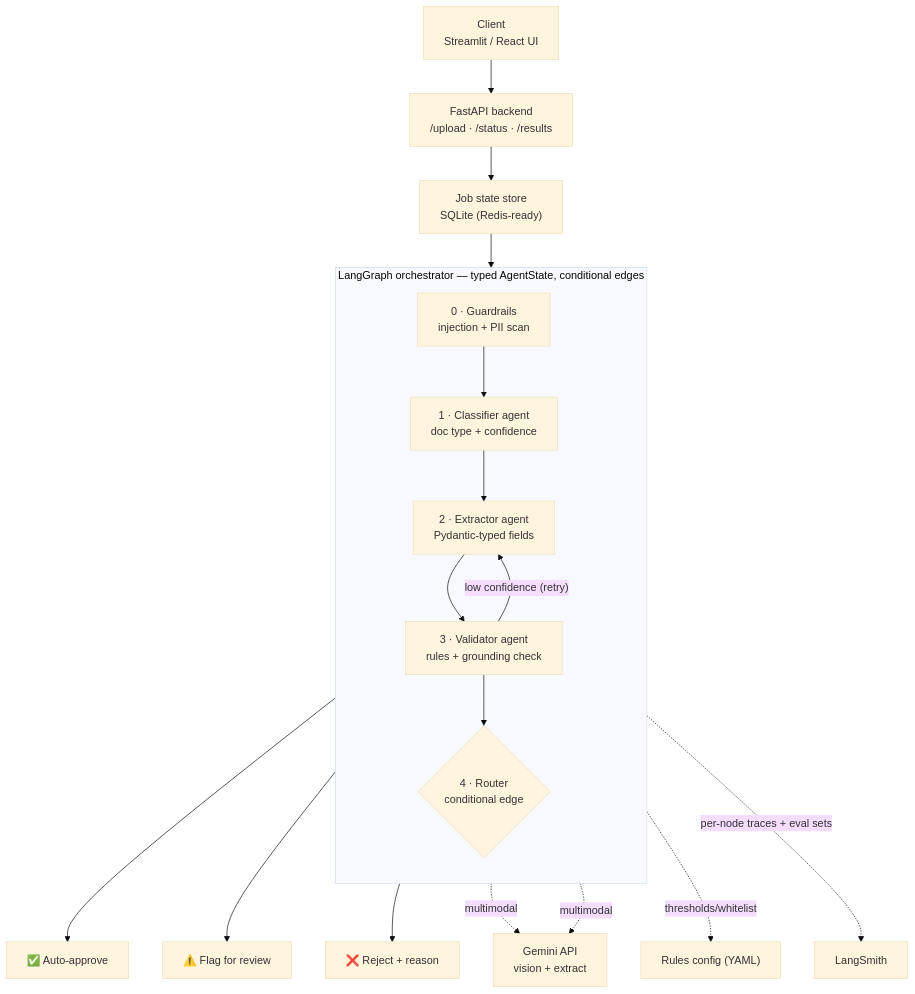
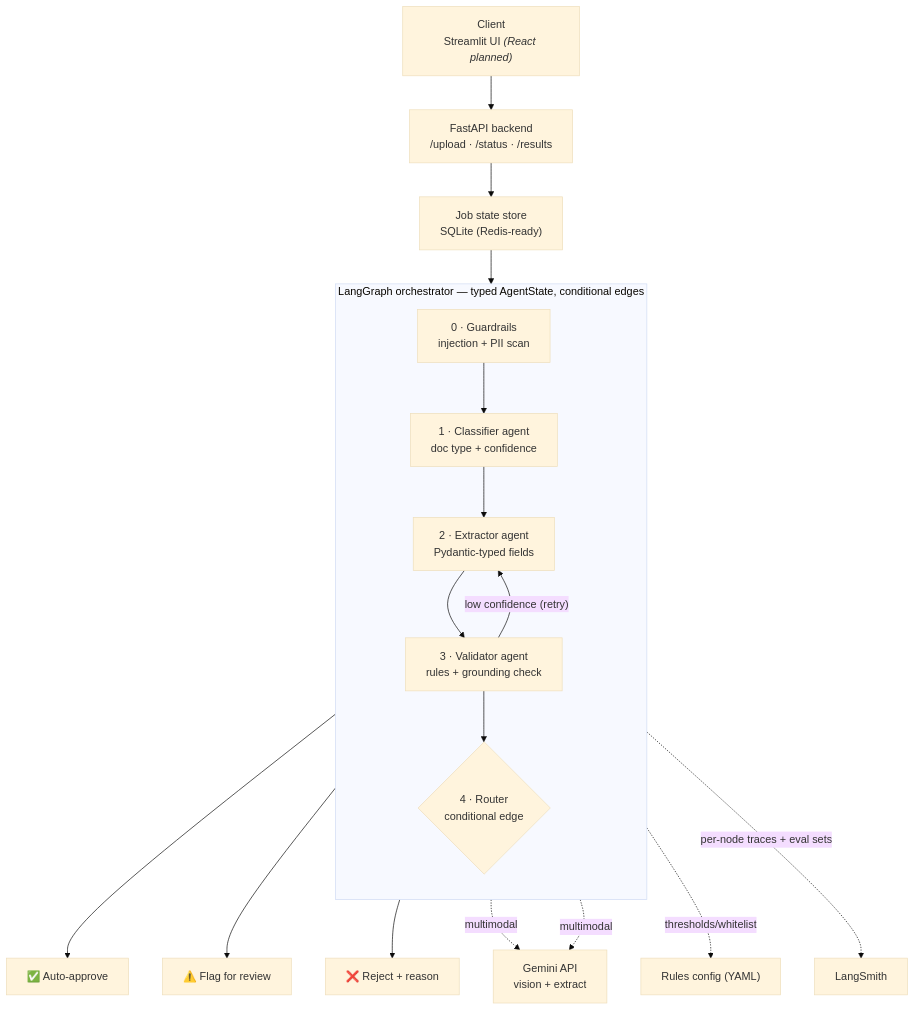
One commit to Kushagra077/SmartIngest changed the diagram in README.md. Above: the diagram before and after it, drawn with Mermaid (base theme). The commit also changed other lines of this file and 1 other file, not shown here.

Commit message:
docs: update section numbering, reflect increased test count, and clarify frontend status

````diff
--- a/README.md
+++ b/README.md
@@ -23,24 +23,24 @@
 ```mermaid
 flowchart TD
-    Client["Client<br/>Streamlit / React UI"] --> API["FastAPI backend<br/>/upload · /status · /results"]
+    Client["Client<br/>Streamlit UI <i>(React planned)</i>"] --> API["FastAPI backend<br/>/upload · /status · /results"]
     API --> Store["Job state store<br/>SQLite (Redis-ready)"]
     Store --> Graph
 
     subgraph Graph["LangGraph orchestrator — typed AgentState, conditional edges"]
         direction TB
         G["0 · Guardrails<br/>injection + PII scan"] --> C["1 · Classifier agent<br/>doc type + confidence"]
         C --> E["2 · Extractor agent<br/>Pydantic-typed fields"]
         E --> V["3 · Validator agent<br/>rules + grounding check"]
         V -- "low confidence (retry)" --> E
         V --> R{"4 · Router<br/>conditional edge"}
     end
 
     R --> Approve["✅ Auto-approve"]
     R --> Review["⚠️ Flag for review"]
     R --> Reject["❌ Reject + reason"]
 
     C -. multimodal .-> Gemini["Gemini API<br/>vision + extract"]
     E -. multimodal .-> Gemini
     V -. thresholds/whitelist .-> Rules["Rules config (YAML)"]
     Graph -. per-node traces + eval sets .-> LS["LangSmith"]
 ```
````
